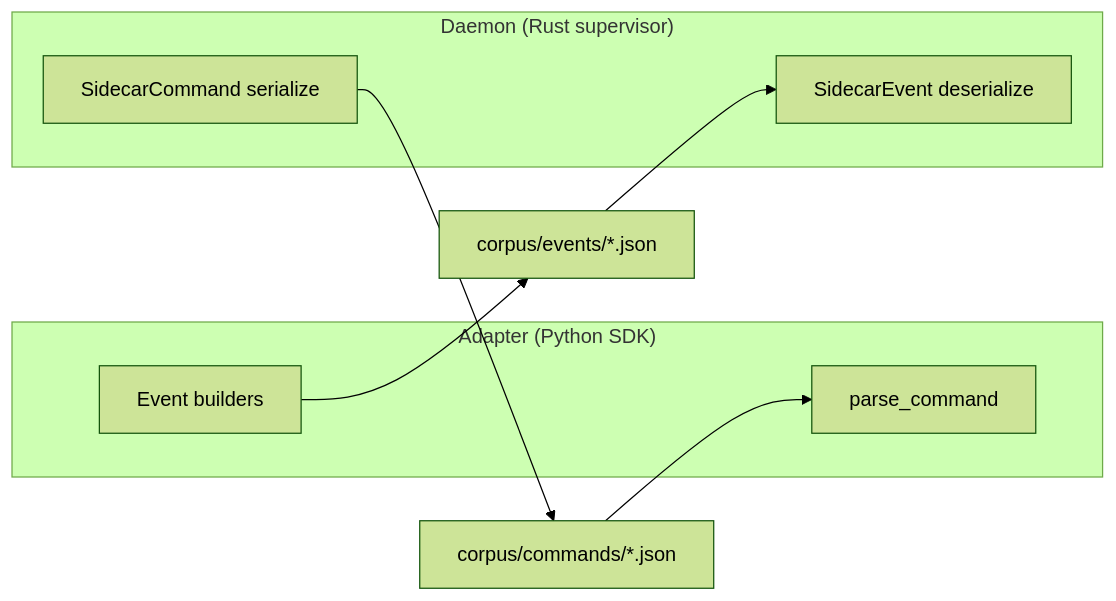
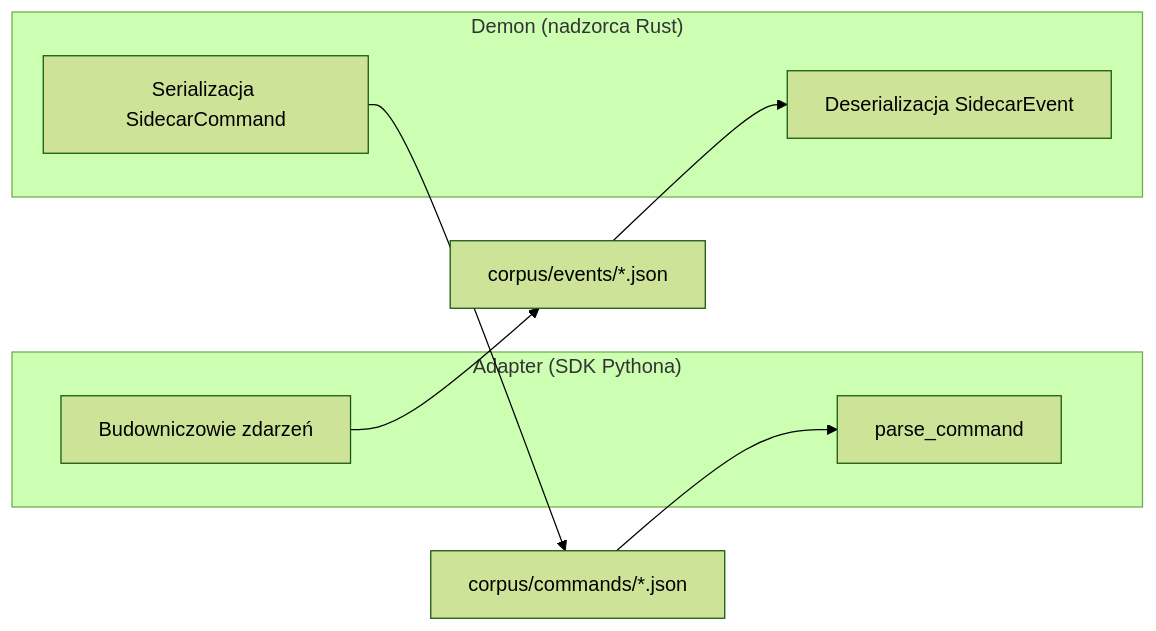
The diagram in conformance.md (leszek3737/librefang-WIki), drawn with Mermaid (forest theme) before and after one commit. The commit also changed other lines of this file and 104 other files, not shown here.

````diff
--- a/conformance.md
+++ b/conformance.md
@@ -24,15 +24,15 @@
 ```mermaid
 graph LR
-    subgraph "Adapter (Python SDK)"
-        PE[Event builders]
+    subgraph "Adapter (SDK Pythona)"
+        PE[Budowniczowie zdarzeń]
         PC[parse_command]
     end
-    subgraph "Daemon (Rust supervisor)"
-        RD[SidecarEvent deserialize]
-        RS[SidecarCommand serialize]
+    subgraph "Demon (nadzorca Rust)"
+        RD[Deserializacja SidecarEvent]
+        RS[Serializacja SidecarCommand]
     end
     CE["corpus/events/*.json"] --> RD
     PE --> CE
     CC["corpus/commands/*.json"] --> PC
     RS --> CC
 ```
````
